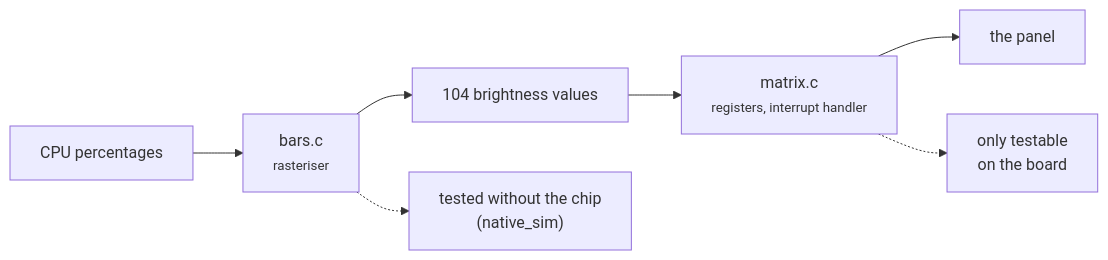
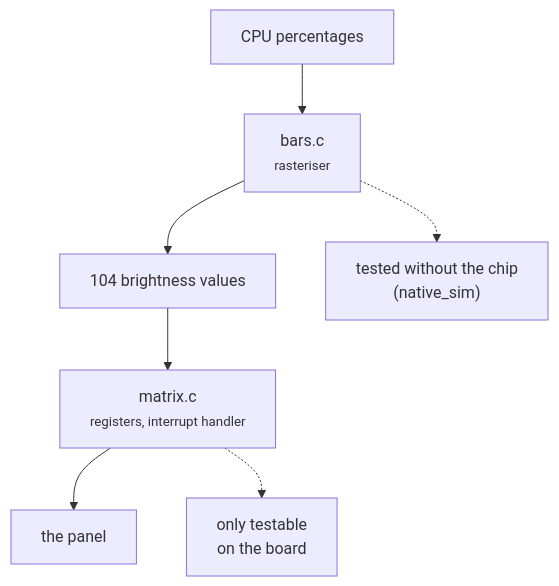
Before and after one commit to jim-wyatt/two-computers-one-board: the first of 2 diagrams in docs/learn/knowing-it-works.md, drawn with Mermaid. The commit also changed 12 other files, not shown here.

First line of the commit message:
Diagrams are drawn at a size you can read, and a gate keeps them there (#83)

````diff
--- a/docs/learn/knowing-it-works.md
+++ b/docs/learn/knowing-it-works.md
@@ -127,9 +127,9 @@
 ```mermaid
-flowchart LR
+flowchart TB
   A["CPU percentages"] --> B["bars.c<br/><small>rasteriser</small>"]
   B --> C["104 brightness values"]
   C --> D["matrix.c<br/><small>registers, interrupt handler</small>"]
   D --> E["the panel"]
   B -.-> T1["tested without the chip<br/>(native_sim)"]
   D -.-> T2["only testable<br/>on the board"]
 ```
````
